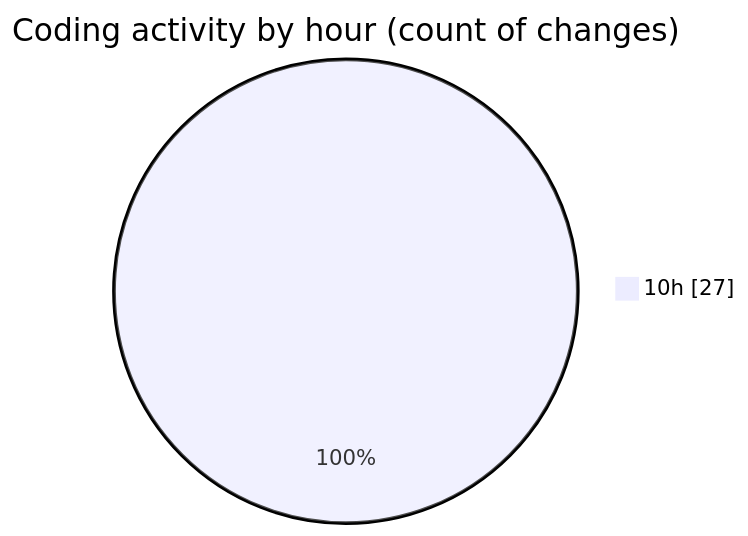
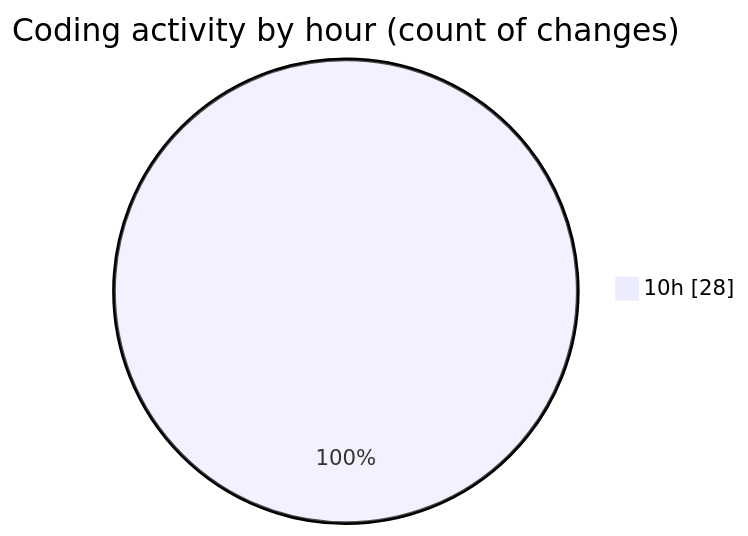
The second of 2 diagrams in 2025-04-15/portfolio/README.md (CELIANVF/code-tracking), drawn with Mermaid before and after one commit. The commit also changed other lines of this file and 1 other file, not shown here.

````diff
--- a/2025-04-15/portfolio/README.md
+++ b/2025-04-15/portfolio/README.md
@@ -30,5 +30,5 @@
 ```mermaid
 pie showData
 title Coding activity by hour (count of changes)
-"10h" : 27
+"10h" : 28
 ```
````
